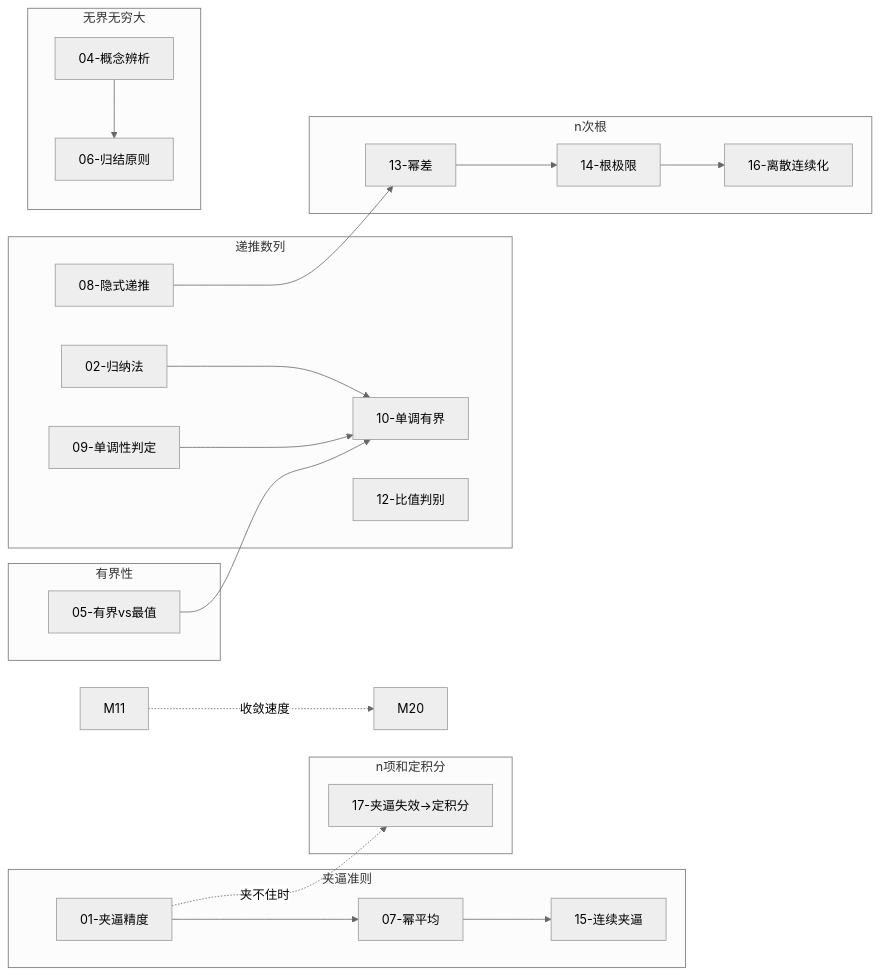
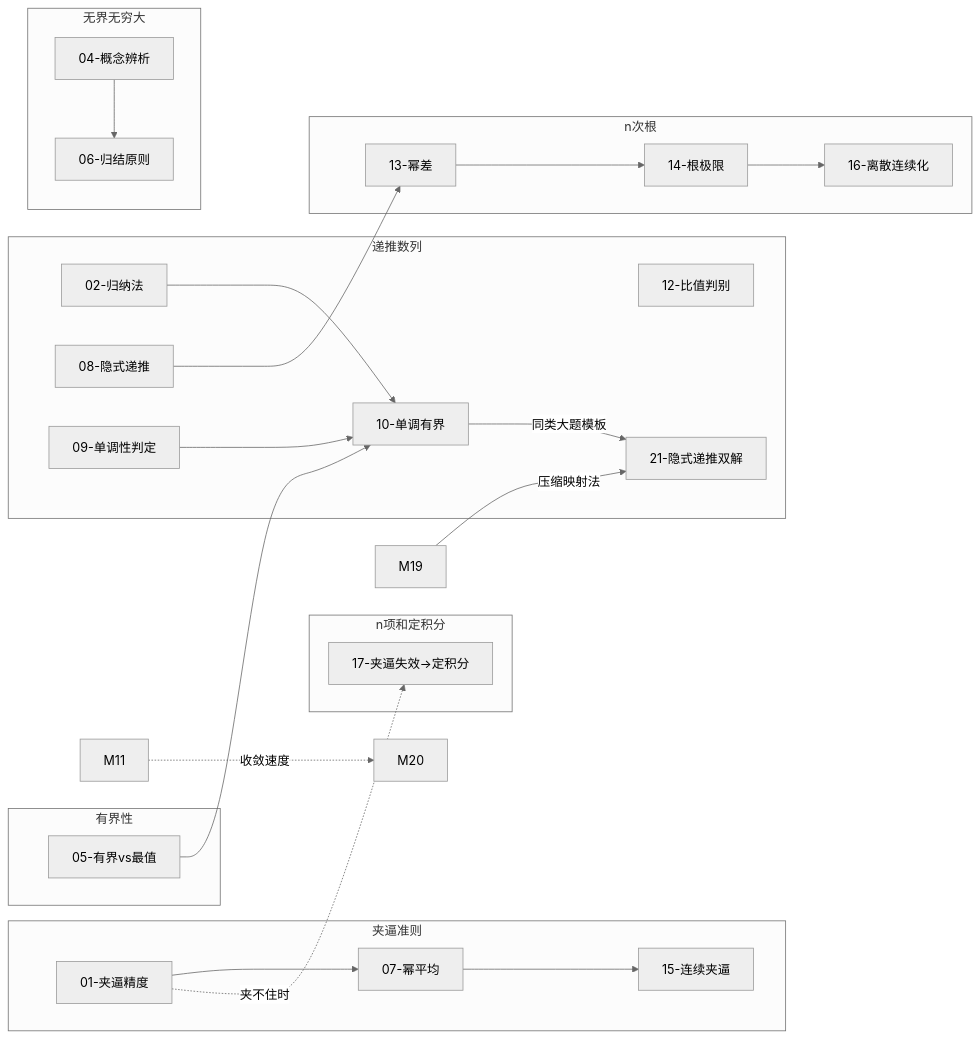
Before and after one commit to Treasoni/kaoyan: the diagram in 考研数学/高数-数列极限/错题本.md, drawn with Mermaid (neutral theme). The commit also changed other lines of this file and 1 other file, not shown here.

````diff
--- a/考研数学/高数-数列极限/错题本.md
+++ b/考研数学/高数-数列极限/错题本.md
@@ -85,47 +86,50 @@
 ```mermaid
 graph LR
     subgraph 夹逼准则
         M01[01-夹逼精度]
         M07[07-幂平均]
         M15[15-连续夹逼]
     end
 
     subgraph n项和定积分
         M17[17-夹逼失效→定积分]
     end
 
     subgraph 递推数列
         M02[02-归纳法]
         M08[08-隐式递推]
         M09[09-单调性判定]
         M10[10-单调有界]
         M12[12-比值判别]
+        M21[21-隐式递推双解]
     end
 
     subgraph 有界性
         M05[05-有界vs最值]
     end
 
     subgraph 无界无穷大
         M04[04-概念辨析]
         M06[06-归结原则]
     end
 
     subgraph n次根
         M13[13-幂差]
         M14[14-根极限]
         M16[16-离散连续化]
     end
 
     M01 --> M07
     M07 --> M15
     M01 -.->|夹不住时| M17
     M02 --> M10
     M09 --> M10
     M04 --> M06
     M08 --> M13
     M13 --> M14
     M14 --> M16
     M05 --> M10
     M11 -.->|收敛速度| M20
+    M10 -->|同类大题模板| M21
+    M19 -->|压缩映射法| M21
 ```
````
